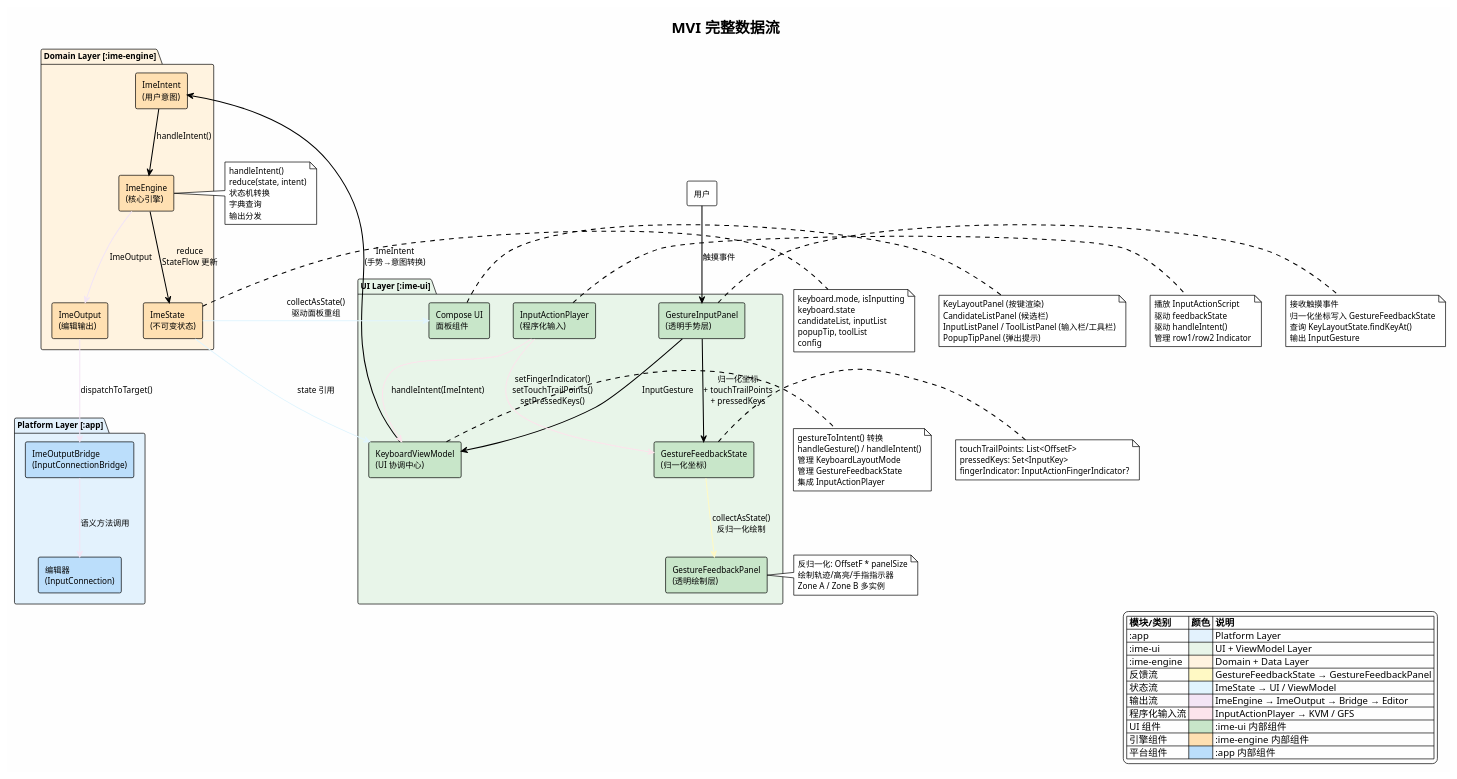
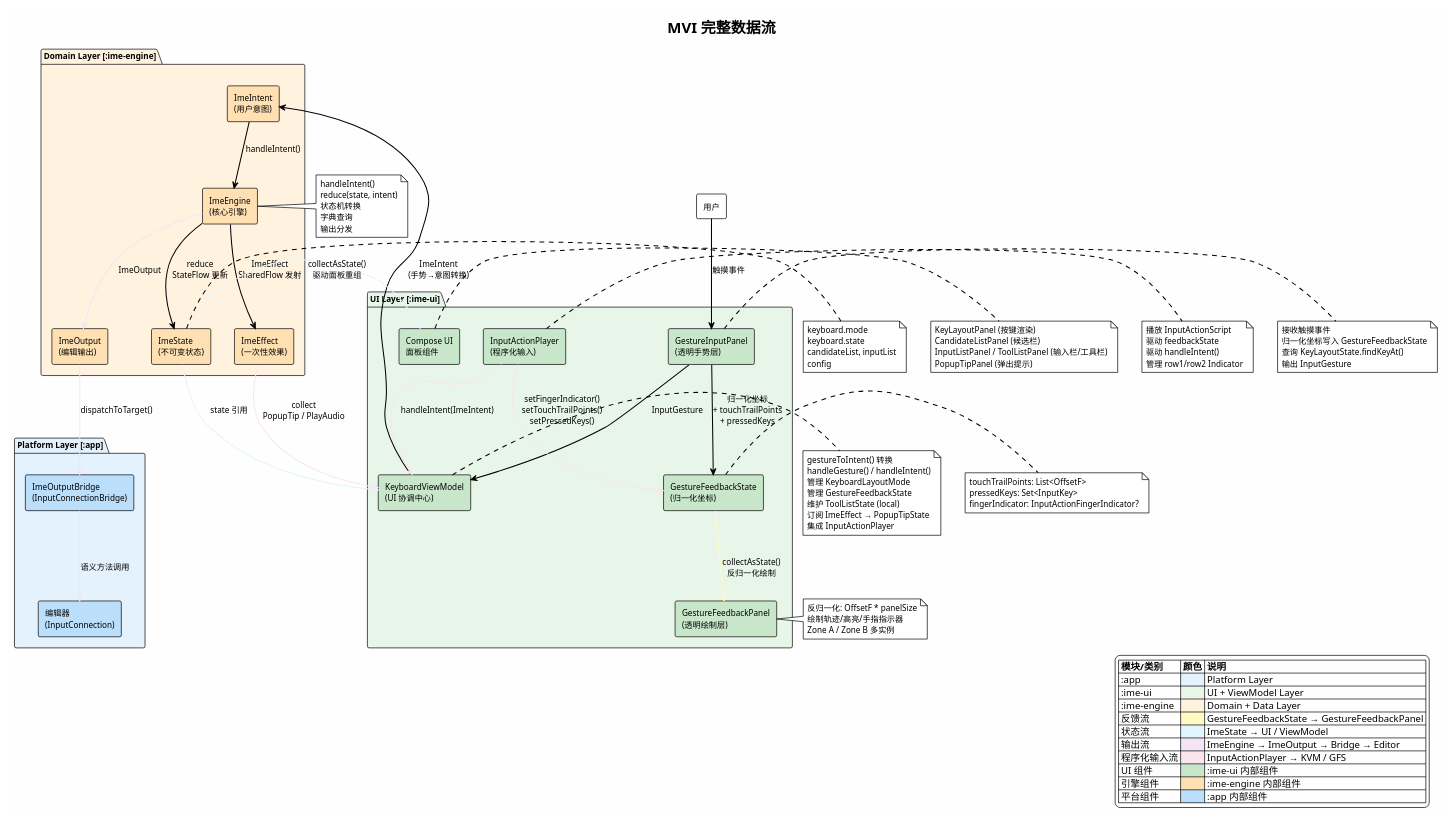
One commit to crazydan-studio/kuaizi-ime-android changed the diagram in docs/ai-agent/v4/design/diagrams/mvi-data-flow.puml. Above: the diagram before and after it, drawn with PlantUML. The commit also changed 10 other files, not shown here.

First line of the commit message:
重构设计：ImeState 精简 + ImeEffect 副作用通道 + KeyboardStateTransition.Result

```diff
--- a/docs/ai-agent/v4/design/diagrams/mvi-data-flow.puml
+++ b/docs/ai-agent/v4/design/diagrams/mvi-data-flow.puml
@@ -1,130 +1,136 @@
 @startuml mvi-data-flow
 allowmixing
 !theme plain
 skinparam backgroundColor #FEFEFE
 skinparam defaultFontSize 12
 skinparam arrowThickness 1.5
 
 title MVI 完整数据流
 
 legend right
   |= 模块/类别 |= 颜色 |= 说明 |
   | :app | <#E3F2FD> | Platform Layer |
   | :ime-ui | <#E8F5E9> | UI + ViewModel Layer |
   | :ime-engine | <#FFF3E0> | Domain + Data Layer |
   | 反馈流 | <#FFF9C4> | GestureFeedbackState → GestureFeedbackPanel |
   | 状态流 | <#E1F5FE> | ImeState → UI / ViewModel |
   | 输出流 | <#F3E5F5> | ImeEngine → ImeOutput → Bridge → Editor |
   | 程序化输入流 | <#FCE4EC> | InputActionPlayer → KVM / GFS |
   | UI 组件 | <#C8E6C9> | :ime-ui 内部组件 |
   | 引擎组件 | <#FFE0B2> | :ime-engine 内部组件 |
   | 平台组件 | <#BBDEFB> | :app 内部组件 |
 endlegend
 
 ' ===== 用户手势输入流（主流程） =====
 
 rectangle "用户" as User #FFFFFF
 
 package "UI Layer [:ime-ui]" #E8F5E9 {
   rectangle "GestureInputPanel\n(透明手势层)" as GIP #C8E6C9
   rectangle "KeyboardViewModel\n(UI 协调中心)" as KVM #C8E6C9
   rectangle "GestureFeedbackState\n(归一化坐标)" as GFS #C8E6C9
   rectangle "GestureFeedbackPanel\n(透明绘制层)" as GFP #C8E6C9
   rectangle "Compose UI\n面板组件" as UI #C8E6C9
   rectangle "InputActionPlayer\n(程序化输入)" as IAP #C8E6C9
 }
 
 package "Domain Layer [:ime-engine]" #FFF3E0 {
   rectangle "ImeEngine\n(核心引擎)" as IE #FFE0B2
   rectangle "ImeIntent\n(用户意图)" as II #FFE0B2
   rectangle "ImeState\n(不可变状态)" as IS #FFE0B2
+  rectangle "ImeEffect\n(一次性效果)" as IEF #FFE0B2
   rectangle "ImeOutput\n(编辑输出)" as IO #FFE0B2
 }
 
 package "Platform Layer [:app]" #E3F2FD {
   rectangle "ImeOutputBridge\n(InputConnectionBridge)" as Bridge #BBDEFB
   rectangle "编辑器\n(InputConnection)" as Editor #BBDEFB
 }
 
 ' ===== 用户手势输入流 =====
 User -down-> GIP : 触摸事件
 GIP -down-> GFS : 归一化坐标\n+ touchTrailPoints\n+ pressedKeys
 GIP -down-> KVM : InputGesture
 KVM -down-> II : ImeIntent\n(手势→意图转换)
 II -down-> IE : handleIntent()
 IE -down-> IS : reduce\nStateFlow 更新
+IE -down-> IEF : ImeEffect\nSharedFlow 发射
 
 ' ===== 反馈流 =====
 GFS -[#FFF9C4]-> GFP : collectAsState()\n反归一化绘制
 
 ' ===== 状态流 =====
 IS -[#E1F5FE]-> UI : collectAsState()\n驱动面板重组
 IS -[#E1F5FE]-> KVM : state 引用
+
+' ===== 效果流 =====
+IEF -[#FCE4EC]-> KVM : collect\nPopupTip / PlayAudio
 
 ' ===== 输出流 =====
 IE -[#F3E5F5]-> IO : ImeOutput
 IO -[#F3E5F5]-> Bridge : dispatchToTarget()
 Bridge -[#F3E5F5]-> Editor : 语义方法调用
 
 ' ===== 程序化输入流 =====
 IAP -[#FCE4EC]-> KVM : handleIntent(ImeIntent)
 IAP -[#FCE4EC]-> GFS : setFingerIndicator()\nsetTouchTrailPoints()\nsetPressedKeys()
 
 note right of GIP
   接收触摸事件
   归一化坐标写入 GestureFeedbackState
   查询 KeyLayoutState.findKeyAt()
   输出 InputGesture
 end note
 
 note right of KVM
   gestureToIntent() 转换
   handleGesture() / handleIntent()
   管理 KeyboardLayoutMode
   管理 GestureFeedbackState
+  维护 ToolListState (local)
+  订阅 ImeEffect → PopupTipState
   集成 InputActionPlayer
 end note
 
 note right of GFS
   touchTrailPoints: List<OffsetF>
   pressedKeys: Set<InputKey>
   fingerIndicator: InputActionFingerIndicator?
 end note
 
 note right of GFP
   反归一化: OffsetF * panelSize
   绘制轨迹/高亮/手指指示器
   Zone A / Zone B 多实例
 end note
 
 note right of UI
   KeyLayoutPanel (按键渲染)
   CandidateListPanel (候选栏)
   InputListPanel / ToolListPanel (输入栏/工具栏)
   PopupTipPanel (弹出提示)
 end note
 
 note right of IAP
   播放 InputActionScript
   驱动 feedbackState
   驱动 handleIntent()
   管理 row1/row2 Indicator
 end note
 
 note right of IE
   handleIntent()
   reduce(state, intent)
   状态机转换
   字典查询
   输出分发
 end note
 
 note right of IS
-  keyboard.mode, isInputting
+  keyboard.mode
   keyboard.state
   candidateList, inputList
-  popupTip, toolList
   config
 end note
 
 @enduml
```
